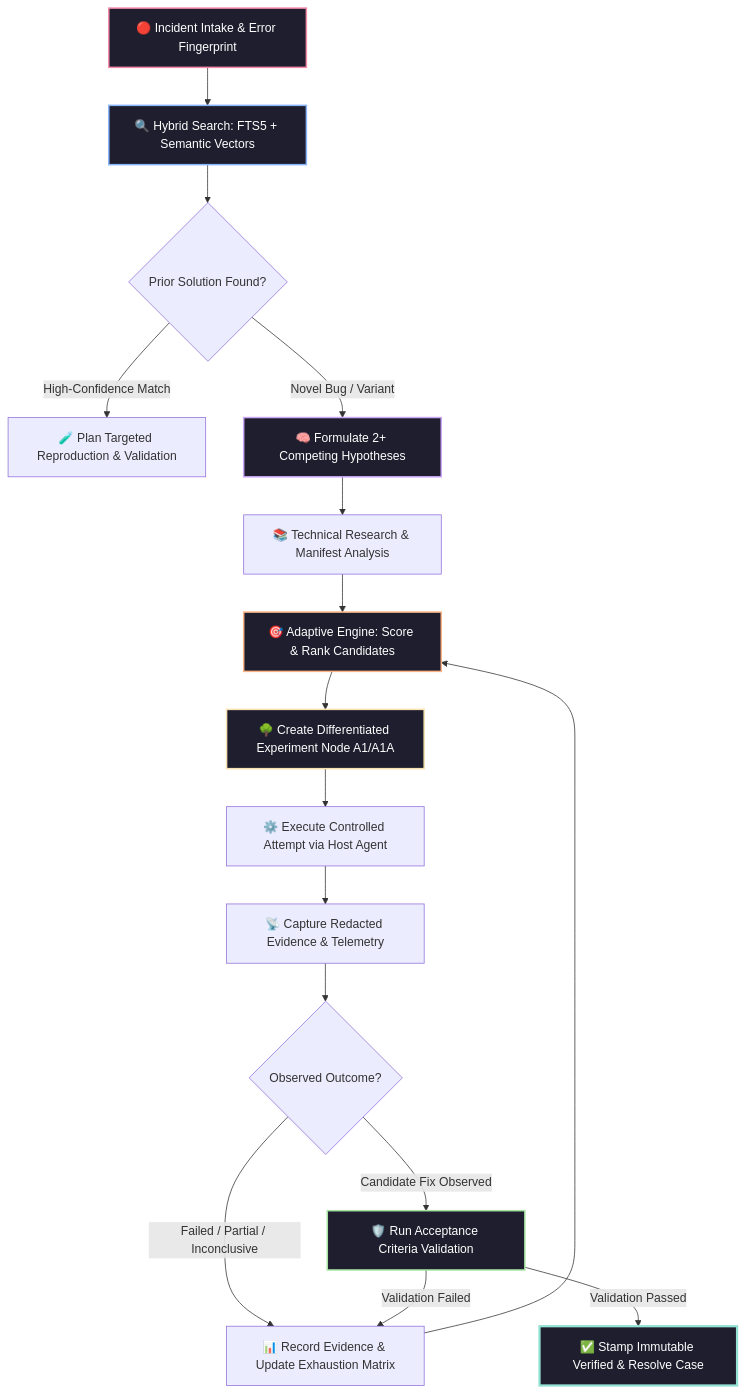
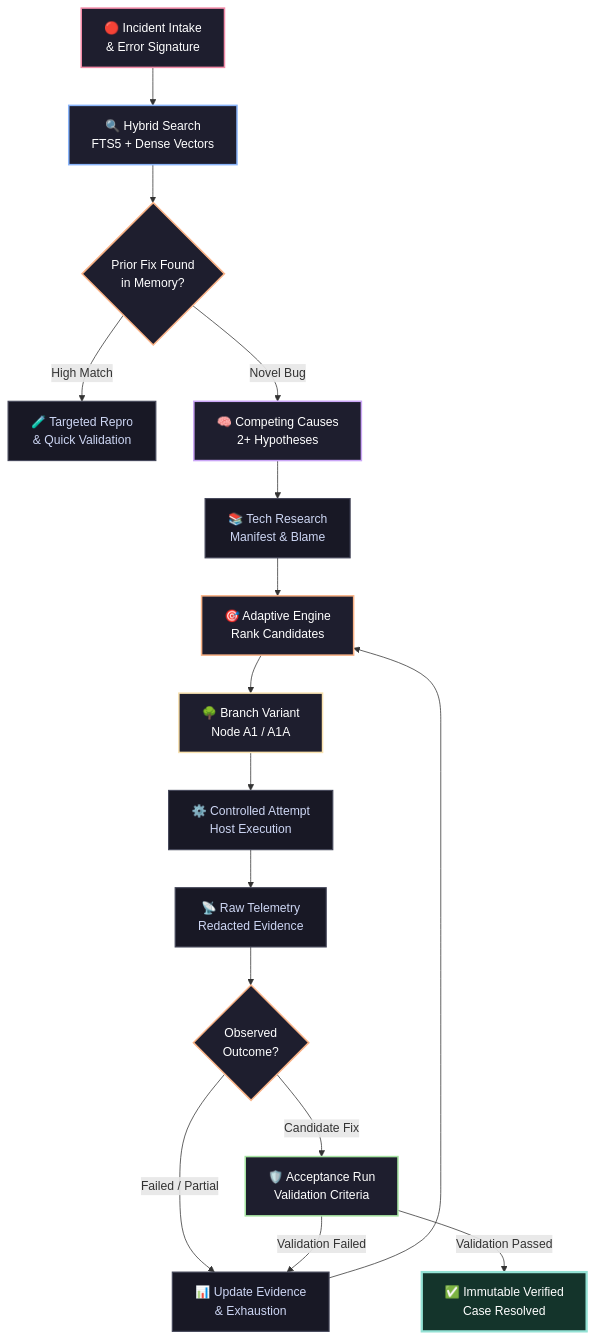
The second of 2 diagrams in README.md (Akash-billawa/adaptive-debugging-mcp), drawn with Mermaid before and after one commit. The commit also changed other lines of this file, not shown here.

Commit message:
fix(docs): resolve Mermaid text truncation with explicit line breaks and compact mindmap nodes

````diff
--- a/README.md
+++ b/README.md
@@ -186,26 +182,41 @@
 ```mermaid
-graph TD
-    A[🔴 Incident Intake & Error Fingerprint] --> B[🔍 Hybrid Search: FTS5 + Semantic Vectors]
-    B --> C{Prior Solution Found?}
-    C -- High-Confidence Match --> D[🧪 Plan Targeted Reproduction & Validation]
-    C -- Novel Bug / Variant --> E[🧠 Formulate 2+ Competing Hypotheses]
-    E --> F[📚 Technical Research & Manifest Analysis]
-    F --> G[🎯 Adaptive Engine: Score & Rank Candidates]
-    G --> H[🌳 Create Differentiated Experiment Node A1/A1A]
-    H --> I[⚙️ Execute Controlled Attempt via Host Agent]
-    I --> J[📡 Capture Redacted Evidence & Telemetry]
-    J --> K{Observed Outcome?}
-    K -- Failed / Partial / Inconclusive --> L[📊 Record Evidence & Update Exhaustion Matrix]
+flowchart TD
+    A["🔴 Incident Intake<br/>& Error Signature"] --> B["🔍 Hybrid Search<br/>FTS5 + Dense Vectors"]
+    B --> C{"Prior Fix Found<br/>in Memory?"}
+    
+    C -->|High Match| D["🧪 Targeted Repro<br/>& Quick Validation"]
+    C -->|Novel Bug| E["🧠 Competing Causes<br/>2+ Hypotheses"]
+    
+    E --> F["📚 Tech Research<br/>Manifest & Blame"]
+    F --> G["🎯 Adaptive Engine<br/>Rank Candidates"]
+    G --> H["🌳 Branch Variant<br/>Node A1 / A1A"]
+    H --> I["⚙️ Controlled Attempt<br/>Host Execution"]
+    I --> J["📡 Raw Telemetry<br/>Redacted Evidence"]
+    
+    J --> K{"Observed<br/>Outcome?"}
+    K -->|Failed / Partial| L["📊 Update Evidence<br/>& Exhaustion"]
     L --> G
-    K -- Candidate Fix Observed --> M[🛡️ Run Acceptance Criteria Validation]
-    M -- Validation Failed --> L
-    M -- Validation Passed --> N[✅ Stamp Immutable Verified & Resolve Case]
+    
+    K -->|Candidate Fix| M["🛡️ Acceptance Run<br/>Validation Criteria"]
+    M -->|Validation Failed| L
+    M -->|Validation Passed| N["✅ Immutable Verified<br/>Case Resolved"]
 
-    style A fill:#1e1e2e,stroke:#f38ba8,stroke-width:2px,color:#fff
-    style B fill:#1e1e2e,stroke:#89b4fa,stroke-width:2px,color:#fff
-    style E fill:#1e1e2e,stroke:#cba6f7,stroke-width:2px,color:#fff
-    style G fill:#1e1e2e,stroke:#fab387,stroke-width:2px,color:#fff
-    style H fill:#1e1e2e,stroke:#f9e2af,stroke-width:2px,color:#fff
-    style M fill:#1e1e2e,stroke:#a6e3a1,stroke-width:2px,color:#fff
-    style N fill:#1e1e2e,stroke:#94e2d5,stroke-width:3px,color:#fff
+    classDef default fill:#181825,stroke:#45475a,stroke-width:1.5px,color:#cdd6f4;
+    classDef intake fill:#1e1e2e,stroke:#f38ba8,stroke-width:2px,color:#fff;
+    classDef search fill:#1e1e2e,stroke:#89b4fa,stroke-width:2px,color:#fff;
+    classDef hypo fill:#1e1e2e,stroke:#cba6f7,stroke-width:2px,color:#fff;
+    classDef engine fill:#1e1e2e,stroke:#fab387,stroke-width:2px,color:#fff;
+    classDef branch fill:#1e1e2e,stroke:#f9e2af,stroke-width:2px,color:#fff;
+    classDef decision fill:#1e1e2e,stroke:#fab387,stroke-width:2px,color:#fff;
+    classDef validation fill:#1e1e2e,stroke:#a6e3a1,stroke-width:2px,color:#fff;
+    classDef verified fill:#14342b,stroke:#94e2d5,stroke-width:3px,color:#fff;
+
+    class A intake;
+    class B search;
+    class C,K decision;
+    class E hypo;
+    class G engine;
+    class H branch;
+    class M validation;
+    class N verified;
 ```
````
